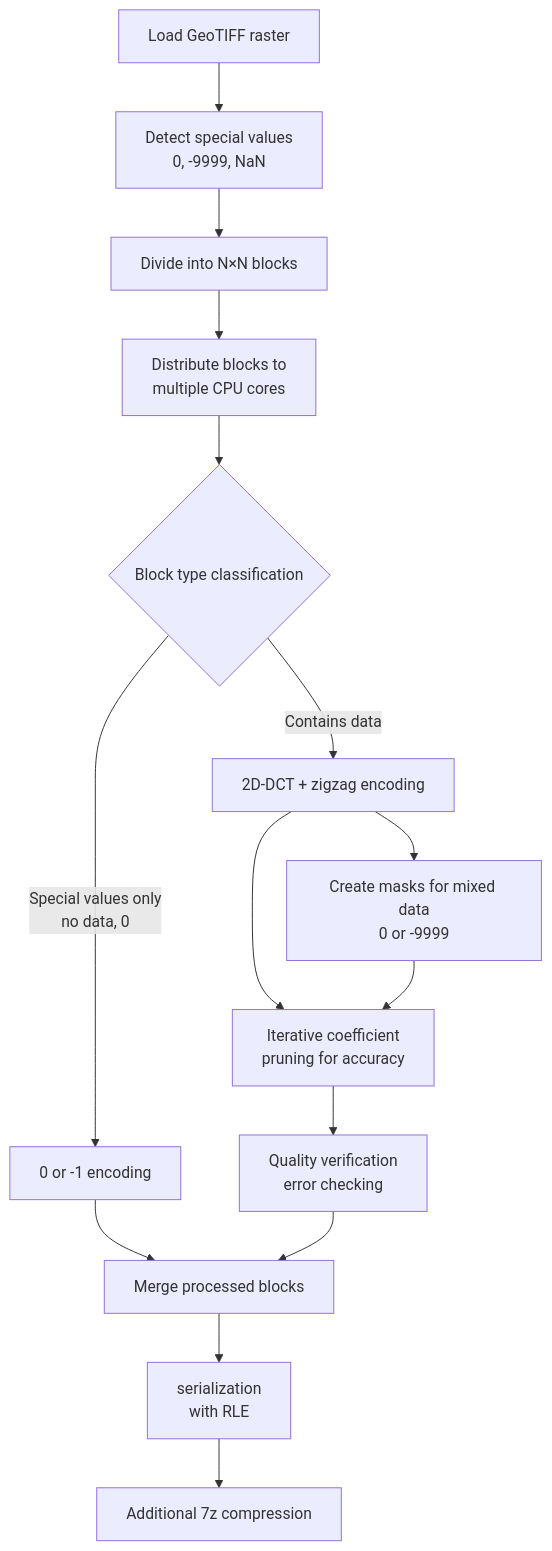
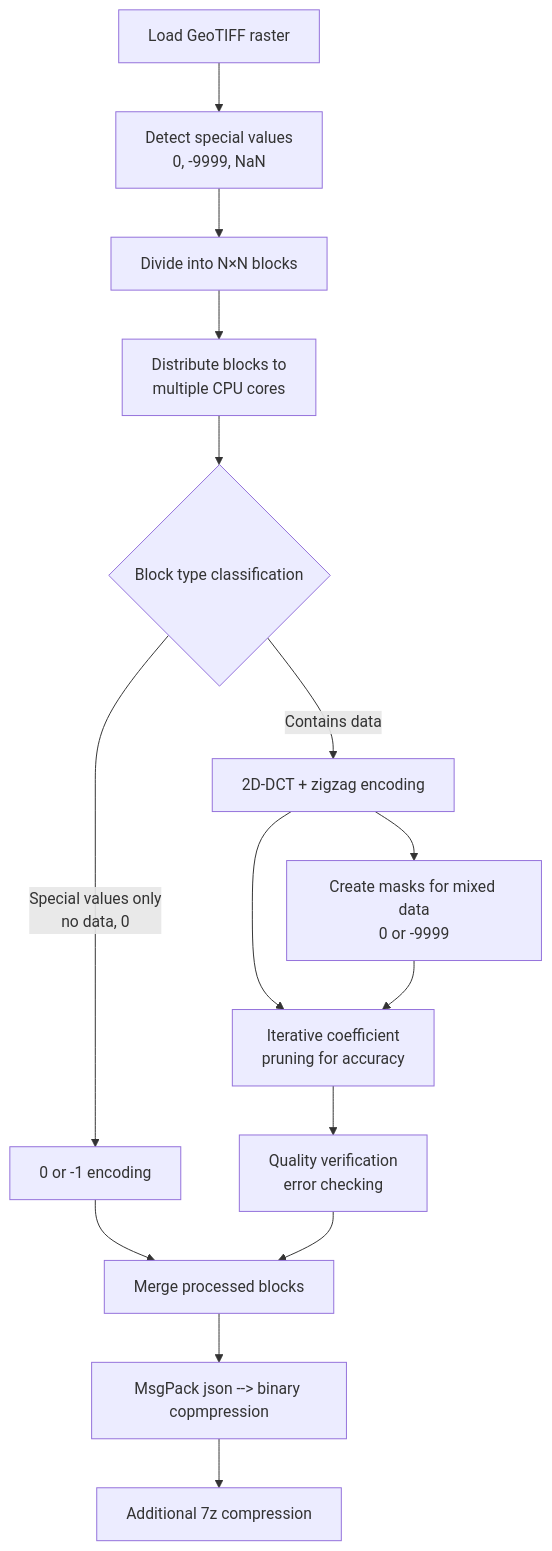
Before and after one commit to ZSIP/FIDWaC: the second of 2 diagrams in README.md, drawn with Mermaid.

````diff
--- a/README.md
+++ b/README.md
@@ -197,17 +197,17 @@
 ```mermaid
 graph TB
     A[Load GeoTIFF raster] --> B[Detect special values<br>0, -9999, NaN]
     B --> C[Divide into N×N blocks]
     C --> D[Distribute blocks to<br>multiple CPU cores]
     D --> E{Block type classification}
     E -->|Special values only <br> no data, 0 | F1[0 or -1 encoding]
     E -->|Contains data| F2[2D-DCT + zigzag encoding]
     F2 --> G[Iterative coefficient<br>pruning for accuracy]
     G --> H[Quality verification<br>error checking]
     F1 --> I[Merge processed blocks]
     H --> I
-    I --> J[serialization<br>with RLE]
+    I --> J[MsgPack json --> binary copmpression]
     J --> K[Additional 7z compression]
     F2 --> L[Create masks for mixed data<br>0 or -9999]
     L --> G
 ```
````
